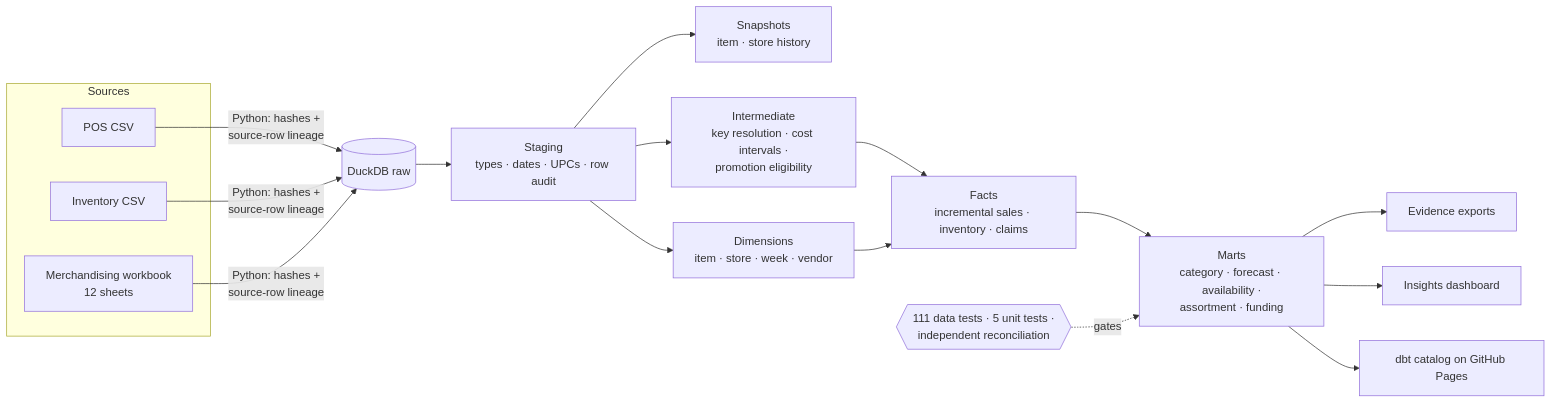
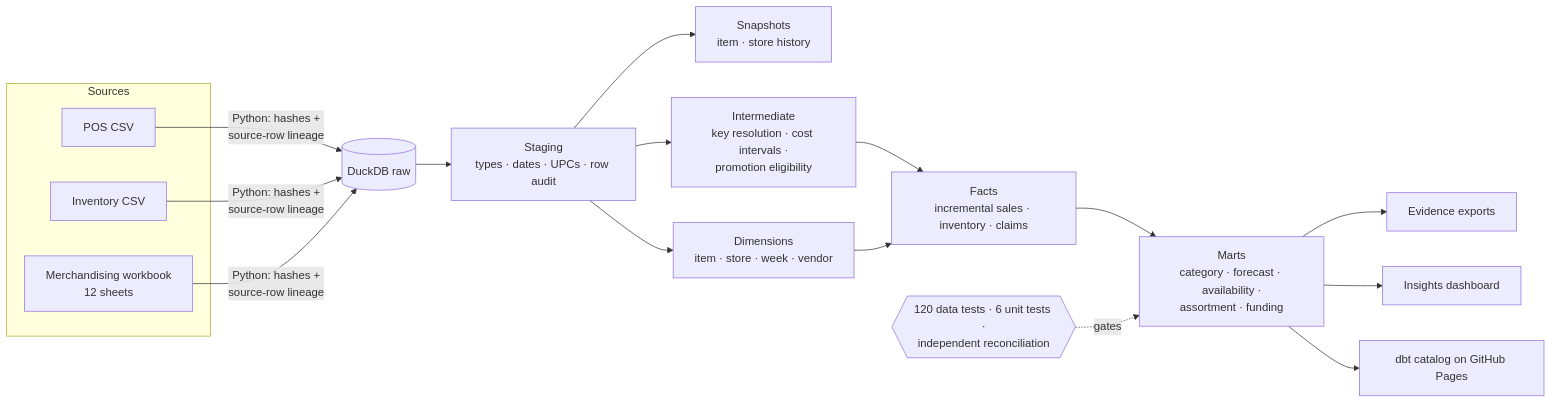
Before and after one commit to Akshith597/bramblewood-analytics-engineering: the diagram in README.md, drawn with Mermaid. The commit also changed other lines of this file and 18 other files, not shown here.

````diff
--- a/README.md
+++ b/README.md
@@ -42,20 +42,20 @@
 ```mermaid
 flowchart LR
   subgraph Sources
     A[POS CSV]
     B[Inventory CSV]
     C[Merchandising workbook<br/>12 sheets]
   end
   A & B & C -->|Python: hashes +<br/>source-row lineage| R[(DuckDB raw)]
   R --> S[Staging<br/>types · dates · UPCs · row audit]
   S --> H[Snapshots<br/>item · store history]
   S --> I[Intermediate<br/>key resolution · cost intervals ·<br/>promotion eligibility]
   S --> D[Dimensions<br/>item · store · week · vendor]
   I --> F[Facts<br/>incremental sales · inventory · claims]
   D --> F
   F --> M[Marts<br/>category · forecast · availability ·<br/>assortment · funding]
   M --> E[Evidence exports]
   M --> V[Insights dashboard]
   M --> G[dbt catalog on GitHub Pages]
-  T{{111 data tests · 5 unit tests ·<br/>independent reconciliation}} -.gates.-> M
+  T{{120 data tests · 6 unit tests ·<br/>independent reconciliation}} -.gates.-> M
 ```
````
